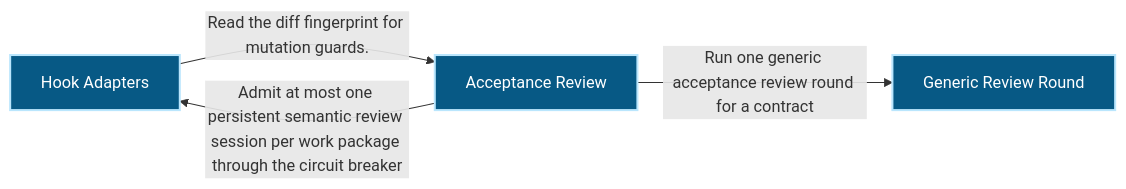
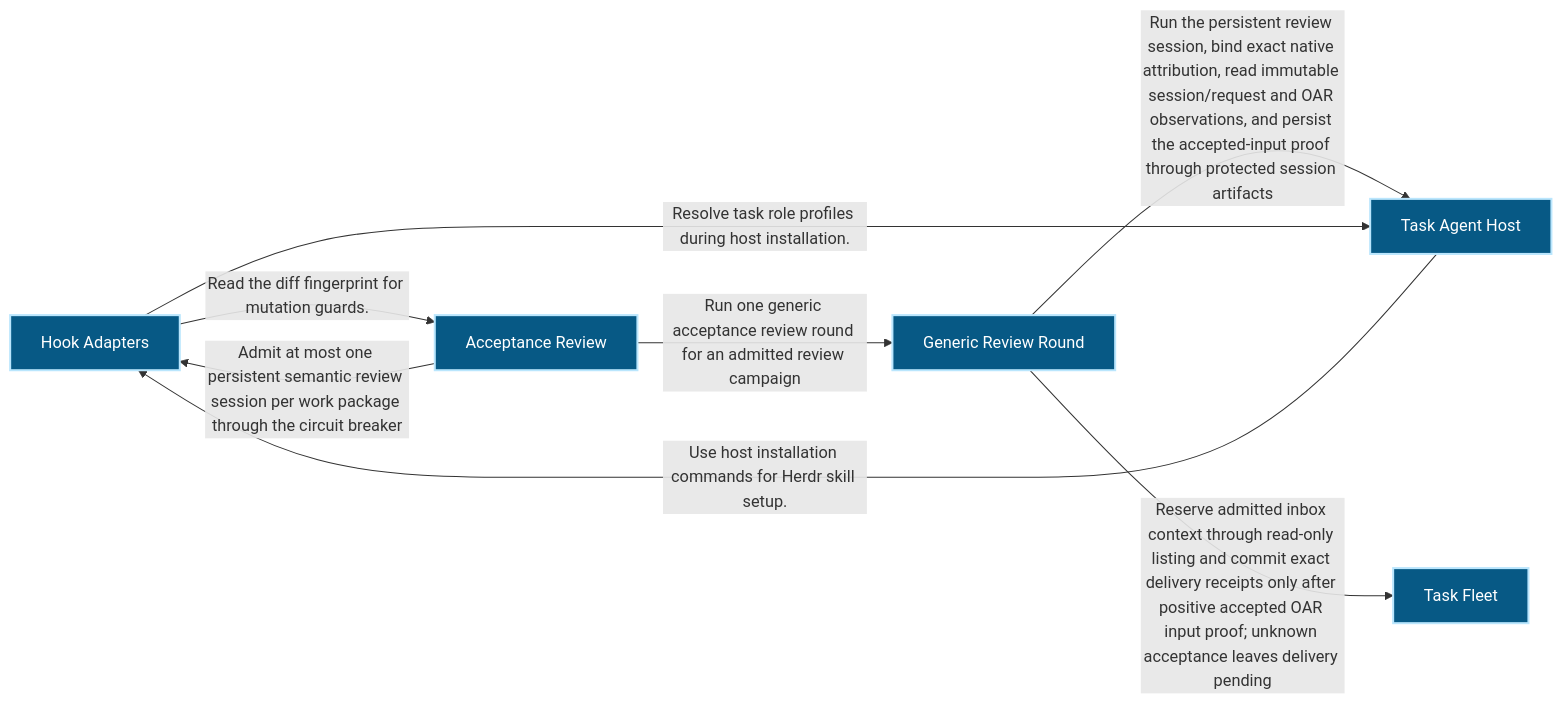
The first of 3 diagrams in docs/architecture/modules/verification/acceptance-review.md (Ancienttwo/repo-harness), drawn with Mermaid before and after one commit. The commit also changed other lines of this file and 27 other files, not shown here.

First line of the commit message:
chore(projection): refresh generated architecture outputs for main@bbf18043e43e

````diff
--- a/docs/architecture/modules/verification/acceptance-review.md
+++ b/docs/architecture/modules/verification/acceptance-review.md
@@ -16,13 +16,19 @@
 ```mermaid
 flowchart LR
+  p1_capability_organization_task_fleet_134b5125["Task Fleet"]:::component
   p1_capability_runtime_harness_hook_adapters_75a11743["Hook Adapters"]:::component
+  p1_capability_runtime_harness_task_agent_host_d81dadb6["Task Agent Host"]:::component
   p1_capability_verification_acceptance_review_f80a24d6["Acceptance Review"]:::component
   p1_component_acceptance_review_primary_b86fb286["Generic Review Round"]:::component
   p1_capability_verification_acceptance_review_f80a24d6 -->|"Admit at most one persistent semantic review session per work package through the circuit breaker"| p1_capability_runtime_harness_hook_adapters_75a11743
-  p1_capability_verification_acceptance_review_f80a24d6 -->|"Run one generic acceptance review round for a contract"| p1_component_acceptance_review_primary_b86fb286
+  p1_capability_verification_acceptance_review_f80a24d6 -->|"Run one generic acceptance review round for an admitted review campaign"| p1_component_acceptance_review_primary_b86fb286
+  p1_component_acceptance_review_primary_b86fb286 -->|"Run the persistent review session#44; bind exact native attribution#44; read immutable session/request and OAR observations#44; and persist the accepted-input proof through protected session artifacts"| p1_capability_runtime_harness_task_agent_host_d81dadb6
+  p1_component_acceptance_review_primary_b86fb286 -->|"Reserve admitted inbox context through read-only listing and commit exact delivery receipts only after positive accepted OAR input proof#59; unknown acceptance leaves delivery pending"| p1_capability_organization_task_fleet_134b5125
   p1_capability_runtime_harness_hook_adapters_75a11743 -->|"Read the diff fingerprint for mutation guards."| p1_capability_verification_acceptance_review_f80a24d6
+  p1_capability_runtime_harness_hook_adapters_75a11743 -->|"Resolve task role profiles during host installation."| p1_capability_runtime_harness_task_agent_host_d81dadb6
+  p1_capability_runtime_harness_task_agent_host_d81dadb6 -->|"Use host installation commands for Herdr skill setup."| p1_capability_runtime_harness_hook_adapters_75a11743
   classDef actor fill:#111827,color:#ffffff,stroke:#f9fafb,stroke-width:2px
   classDef component fill:#075985,color:#ffffff,stroke:#bae6fd,stroke-width:2px
   classDef datastore fill:#3f6212,color:#ffffff,stroke:#d9f99d,stroke-width:2px
   classDef external fill:#7c2d12,color:#ffffff,stroke:#fed7aa,stroke-width:2px
 ```
````
